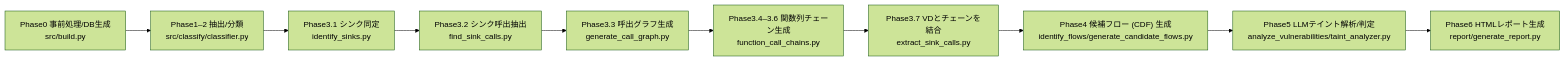
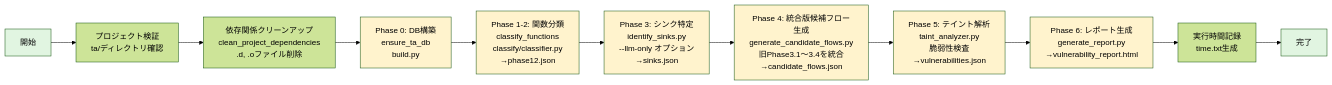
One commit to ta-061/tee-flow-inspector changed the diagram in README.md. Above: the diagram before and after it, drawn with Mermaid (forest theme). The commit also changed other lines of this file and 1 other file, not shown here.

Commit message:
ドキュメントの更新

````diff
--- a/README.md
+++ b/README.md
@@ -19,12 +19,30 @@
 ```mermaid
 flowchart LR
-  A["Phase0 事前処理/DB生成\nsrc/build.py"] --> B["Phase1–2 抽出/分類\nsrc/classify/classifier.py"]
-  B --> C1["Phase3.1 シンク同定\nidentify_sinks.py"]
-  C1 --> C2["Phase3.2 シンク呼出抽出\nfind_sink_calls.py"]
-  C2 --> C3["Phase3.3 呼出グラフ生成\ngenerate_call_graph.py"]
-  C3 --> C4["Phase3.4–3.6 関数列チェーン生成\nfunction_call_chains.py"]
-  C4 --> C5["Phase3.7 VDとチェーンを結合\nextract_sink_calls.py"]
-  C5 --> D["Phase4 候補フロー (CDF) 生成\nidentify_flows/generate_candidate_flows.py"]
-  D --> E["Phase5 LLMテイント解析/判定\nanalyze_vulnerabilities/taint_analyzer.py"]
-  E --> F["Phase6 HTMLレポート生成\nreport/generate_report.py"]
+    A["開始"] --> B["プロジェクト検証<br/>ta/ディレクトリ確認"]
+    B --> C["依存関係クリーンアップ<br/>clean_project_dependencies<br/>.d, .oファイル削除"]
+    
+    C --> D["Phase 0: DB構築<br/>ensure_ta_db<br/>build.py"]
+    
+    D --> E["Phase 1-2: 関数分類<br/>classify_functions<br/>classify/classifier.py<br/>→phase12.json"]
+    
+    E --> F["Phase 3: シンク特定<br/>identify_sinks.py<br/>--llm-only オプション<br/>→sinks.json"]
+    
+    F --> G["Phase 4: 統合版候補フロー生成<br/>generate_candidate_flows.py<br/>旧Phase3.1～3.4を統合<br/>→candidate_flows.json"]
+    
+    G --> H["Phase 5: テイント解析<br/>taint_analyzer.py<br/>脆弱性検査<br/>→vulnerabilities.json"]
+    
+    H --> I["Phase 6: レポート生成<br/>generate_report.py<br/>→vulnerability_report.html"]
+    
+    I --> J["実行時間記録<br/>time.txt生成"]
+    
+    J --> K["完了"]
+
+    style A fill:#e1f5e1
+    style K fill:#e1f5e1
+    style D fill:#fff3cd
+    style E fill:#fff3cd
+    style F fill:#fff3cd
+    style G fill:#fff3cd
+    style H fill:#fff3cd
+    style I fill:#fff3cd
 ```
````
